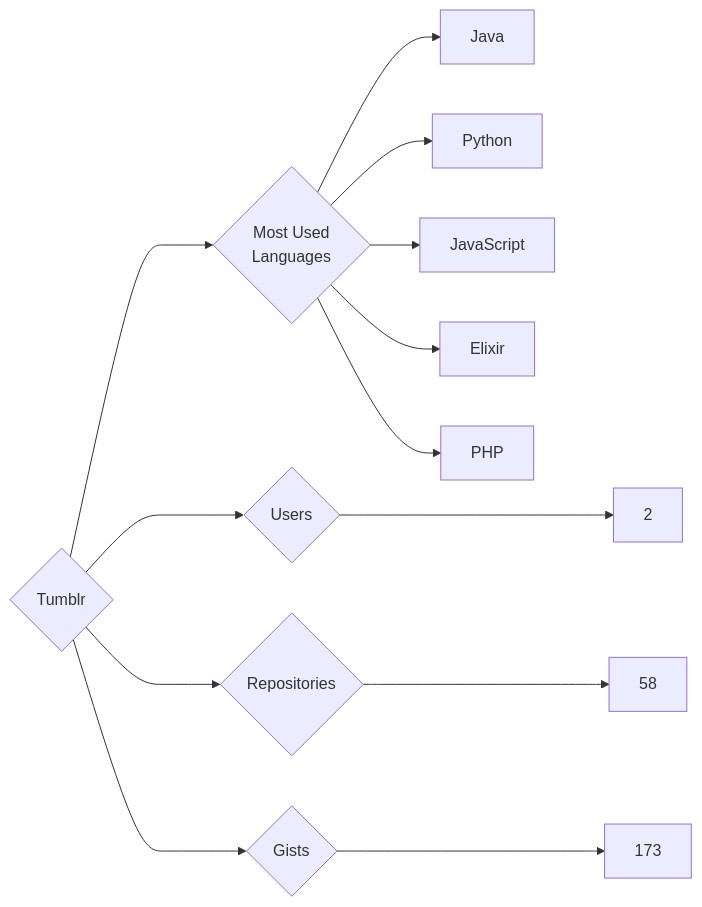
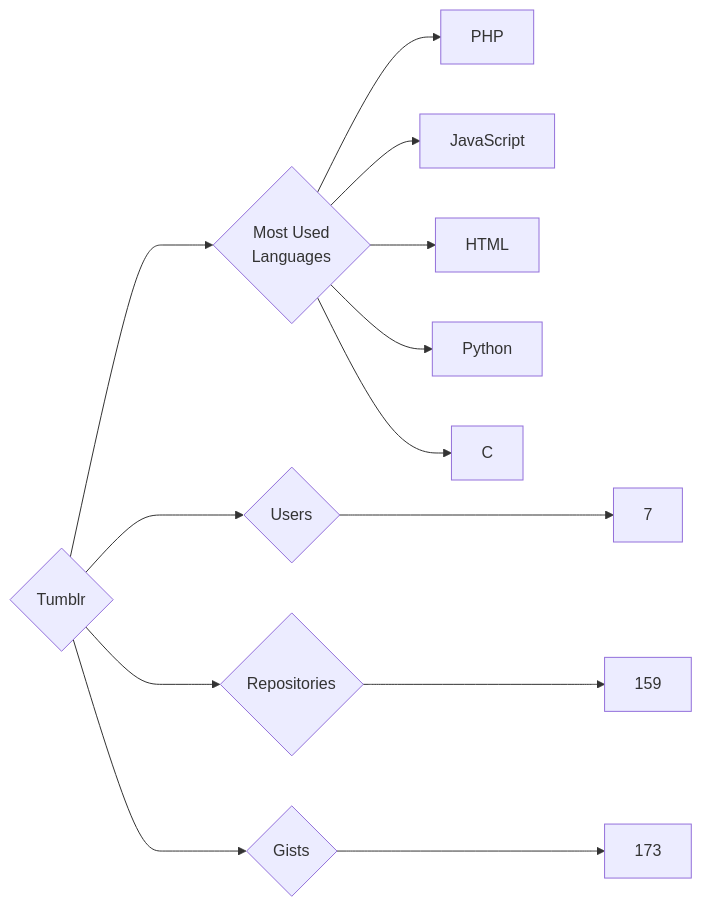
Before and after one commit to trickest/insiders: the diagram in targets/Tumblr/README.md, drawn with Mermaid. The commit also changed 877 other files, not shown here.

````diff
--- a/targets/Tumblr/README.md
+++ b/targets/Tumblr/README.md
@@ -3,13 +3,13 @@
 ```mermaid
 graph LR
 COMPANY_NAME{Tumblr}
-COMPANY_NAME ---> U{Users} ---> UN[2]
-COMPANY_NAME ---> R{Repositories} ---> RN[58]
+COMPANY_NAME ---> U{Users} ---> UN[7]
+COMPANY_NAME ---> R{Repositories} ---> RN[159]
 COMPANY_NAME ---> G{Gists} ---> GN[173]
 COMPANY_NAME ---> ML{Most Used<br>Languages}
-ML --> Java[Java]
+ML --> PHP[PHP]
+ML --> JavaScript[JavaScript]
+ML --> HTML[HTML]
 ML --> Python[Python]
-ML --> JavaScript[JavaScript]
-ML --> Elixir[Elixir]
-ML --> PHP[PHP]
+ML --> C[C]
 ```
````
